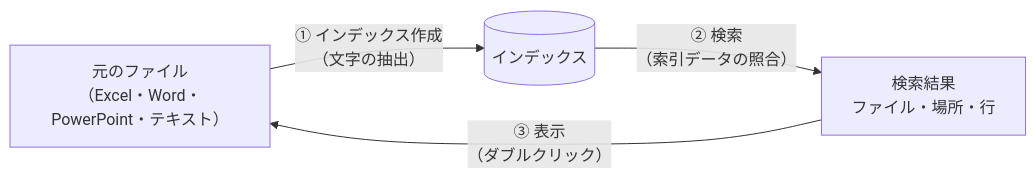
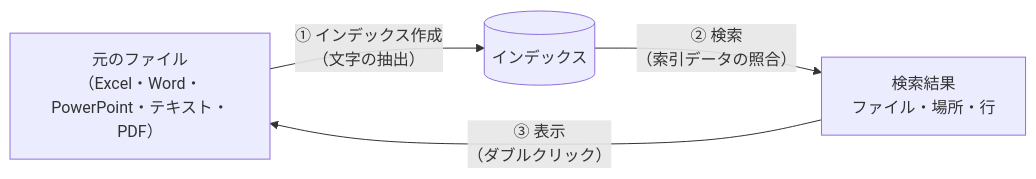
Before and after one commit to hsgwa/tebunko: the diagram in docs/guide/about-index.md, drawn with Mermaid. The commit also changed other lines of this file and 40 other files, not shown here.

````diff
--- a/docs/guide/about-index.md
+++ b/docs/guide/about-index.md
@@ -21,6 +21,6 @@
 ```mermaid
 flowchart LR
-    F["元のファイル<br>（Excel・Word・PowerPoint・テキスト）"] -- "① インデックス作成<br>（文字の抽出）" --> I[("インデックス")]
+    F["元のファイル<br>（Excel・Word・PowerPoint・テキスト・PDF）"] -- "① インデックス作成<br>（文字の抽出）" --> I[("インデックス")]
     I -- "② 検索<br>（索引データの照合）" --> R["検索結果<br>ファイル・場所・行"]
     R -- "③ 表示<br>（ダブルクリック）" --> F
 ```
````
